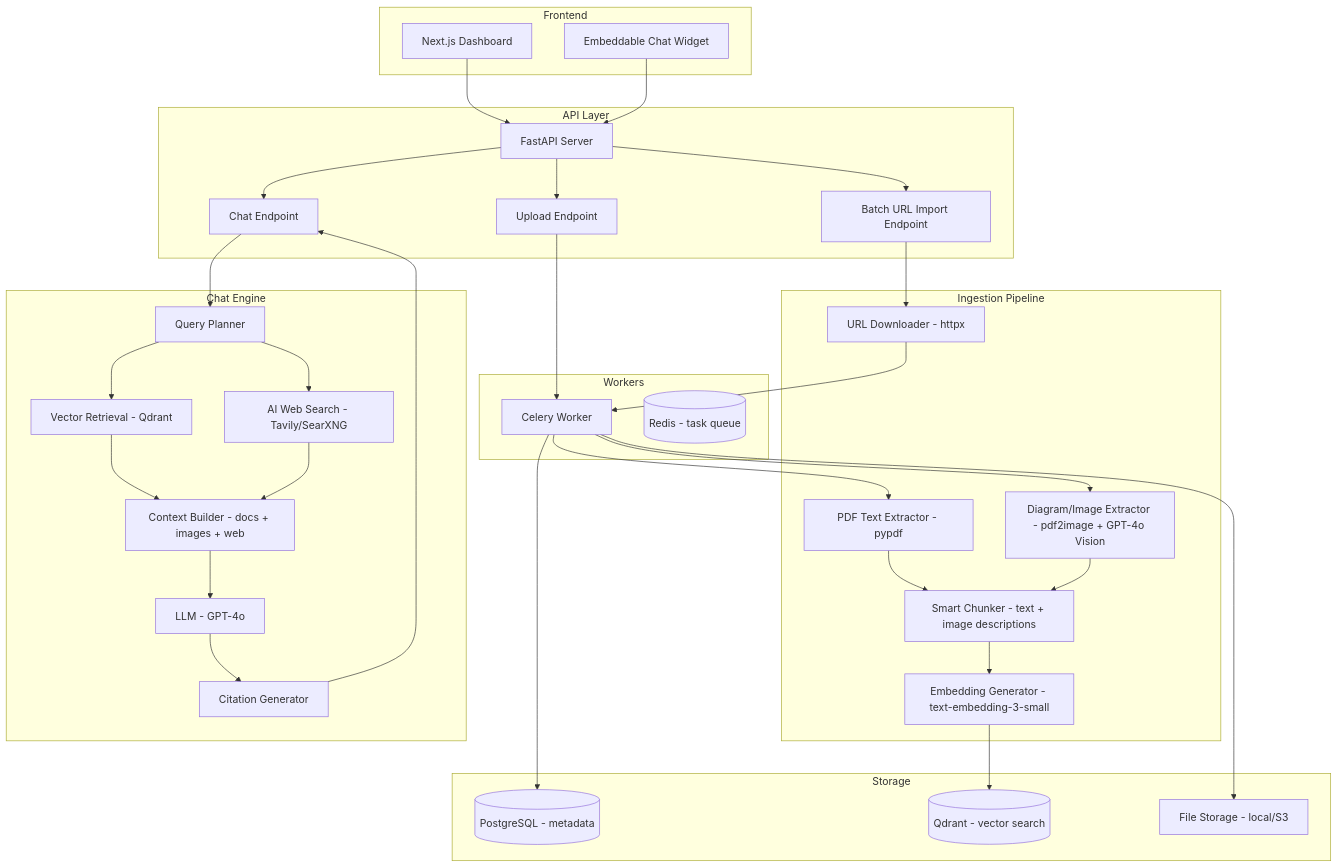
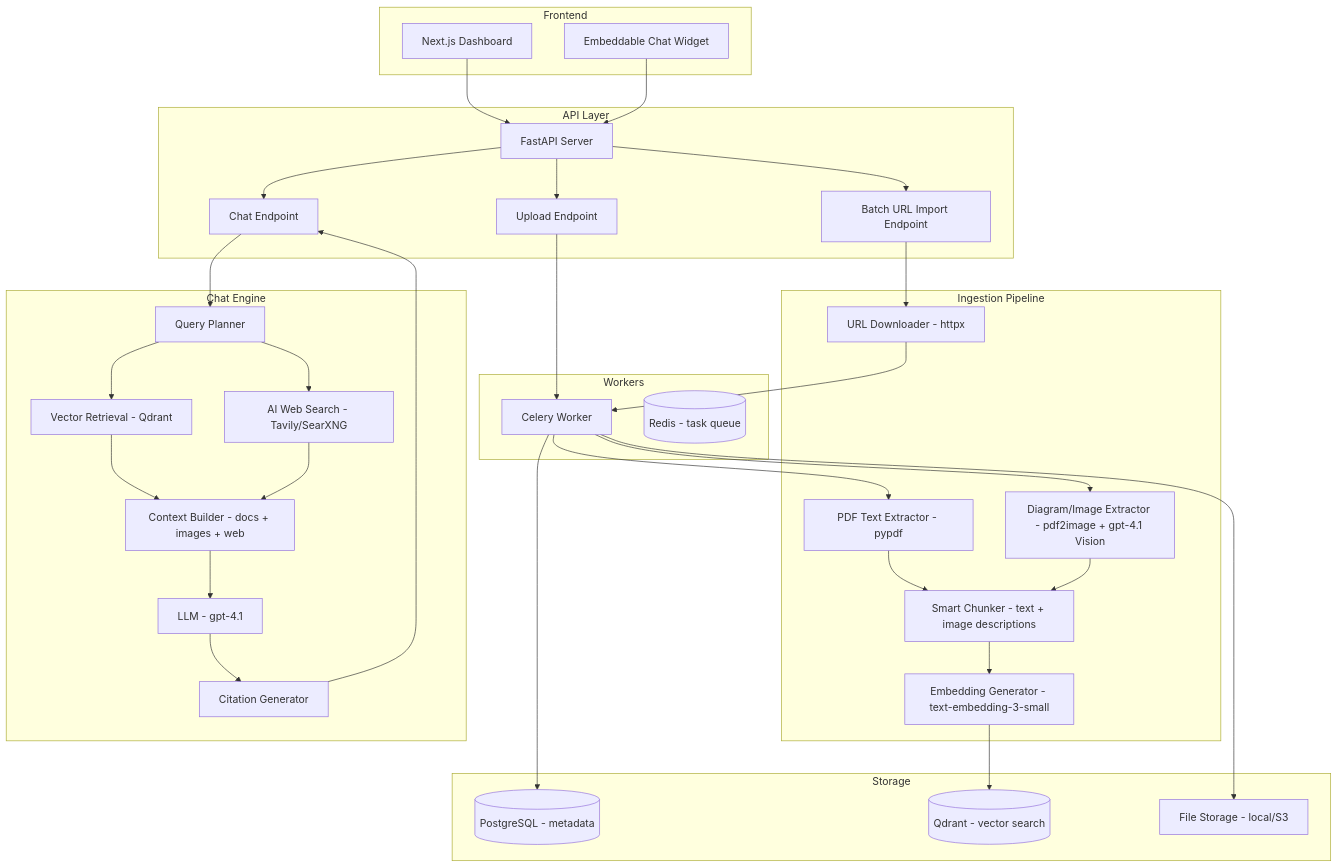
The first of 2 diagrams in plans/backend-architecture.md (Chuff1021/Docuchat), drawn with Mermaid before and after one commit. The commit also changed other lines of this file and 9 other files, not shown here.

````diff
--- a/plans/backend-architecture.md
+++ b/plans/backend-architecture.md
@@ -18,71 +18,71 @@
 ```mermaid
 flowchart TB
     subgraph Frontend
         UI[Next.js Dashboard]
         Widget[Embeddable Chat Widget]
     end
 
     subgraph API Layer
         FastAPI[FastAPI Server]
         Upload[Upload Endpoint]
         URLBatch[Batch URL Import Endpoint]
         ChatAPI[Chat Endpoint]
     end
 
     subgraph Ingestion Pipeline
         Downloader[URL Downloader - httpx]
         PDFParser[PDF Text Extractor - pypdf]
-        VisionExtractor[Diagram/Image Extractor - pdf2image + GPT-4o Vision]
+        VisionExtractor[Diagram/Image Extractor - pdf2image + gpt-4.1 Vision]
         Chunker[Smart Chunker - text + image descriptions]
         Embedder[Embedding Generator - text-embedding-3-small]
     end
 
     subgraph Storage
         Postgres[(PostgreSQL - metadata)]
         Qdrant[(Qdrant - vector search)]
         FileStore[File Storage - local/S3]
     end
 
     subgraph Chat Engine
         QueryPlanner[Query Planner]
         VectorSearch[Vector Retrieval - Qdrant]
         WebSearch[AI Web Search - Tavily/SearXNG]
         ContextBuilder[Context Builder - docs + images + web]
-        LLM[LLM - GPT-4o]
+        LLM[LLM - gpt-4.1]
         CitationGen[Citation Generator]
     end
 
     subgraph Workers
         Celery[Celery Worker]
         Redis[(Redis - task queue)]
     end
 
     UI --> FastAPI
     Widget --> FastAPI
     FastAPI --> Upload
     FastAPI --> URLBatch
     FastAPI --> ChatAPI
 
     Upload --> Celery
     URLBatch --> Downloader
     Downloader --> Celery
 
     Celery --> PDFParser
     Celery --> VisionExtractor
     PDFParser --> Chunker
     VisionExtractor --> Chunker
     Chunker --> Embedder
     Embedder --> Qdrant
 
     Celery --> Postgres
     Celery --> FileStore
 
     ChatAPI --> QueryPlanner
     QueryPlanner --> VectorSearch
     QueryPlanner --> WebSearch
     VectorSearch --> ContextBuilder
     WebSearch --> ContextBuilder
     ContextBuilder --> LLM
     LLM --> CitationGen
     CitationGen --> ChatAPI
 ```
````
